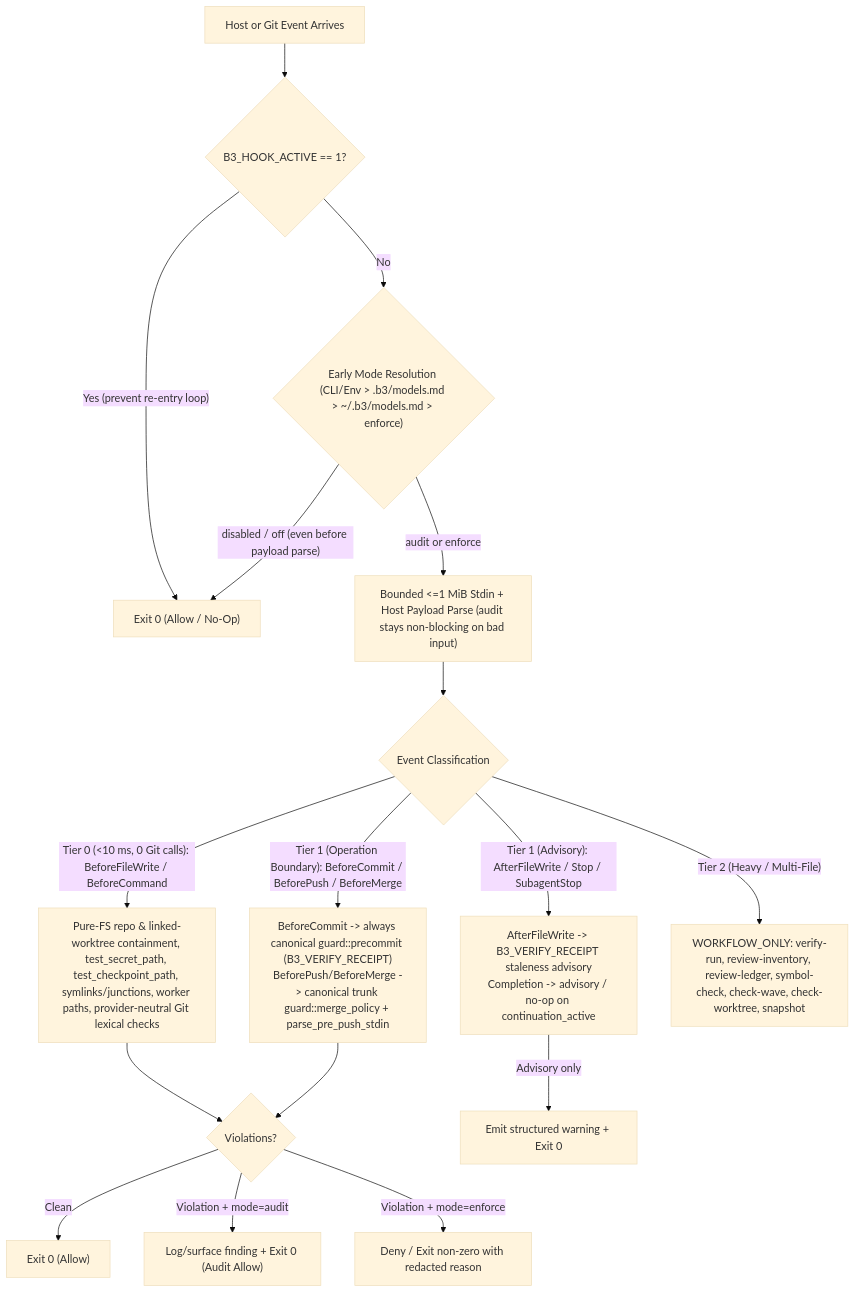
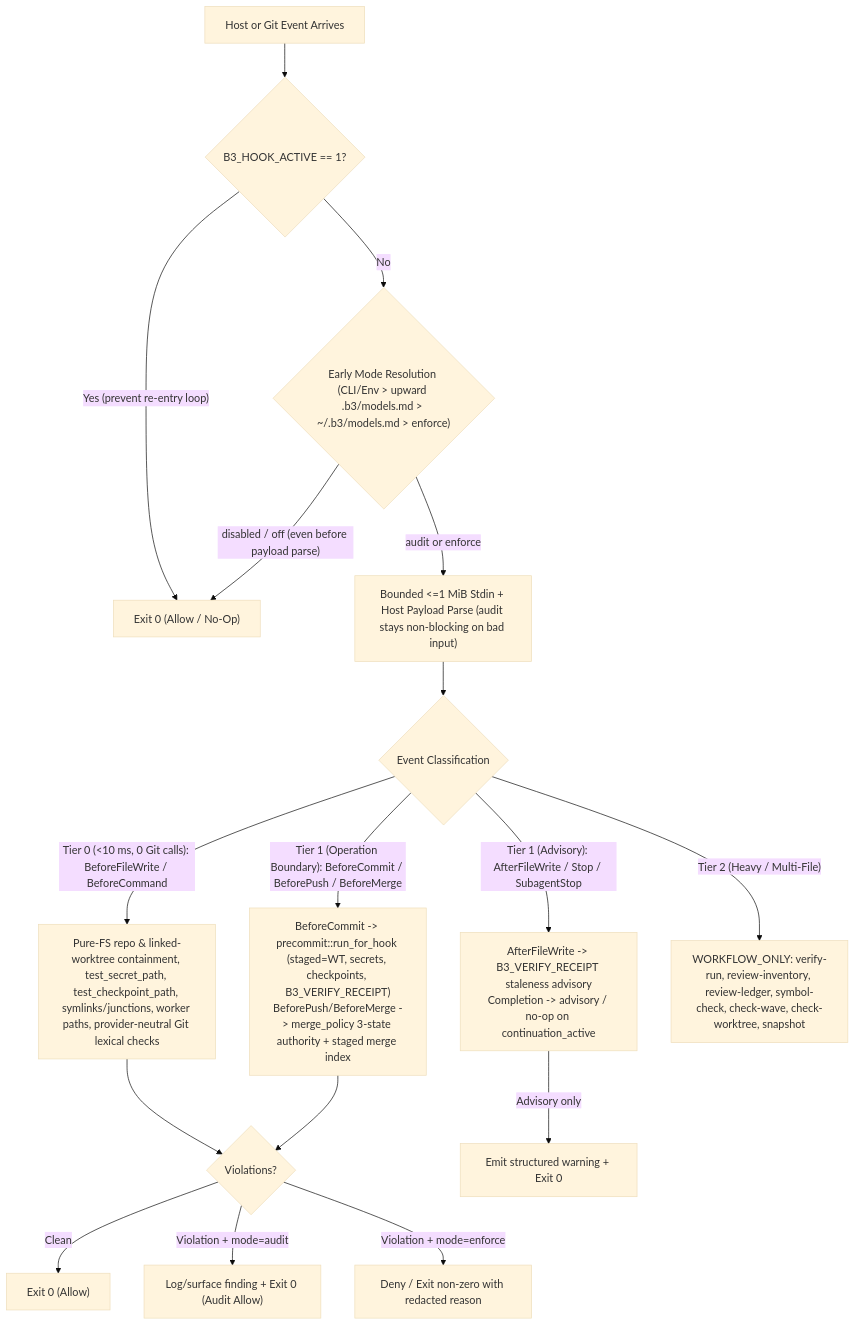
One commit to hptbee/b3_ai-engineering changed the second of 2 diagrams in docs/hooks.md. Above: the diagram before and after it, drawn with Mermaid (base theme). The commit also changed other lines of this file and 12 other files, not shown here.

Commit message:
fix(hook): harden canonical guard authority, event safety, and benchmarks

````diff
--- a/docs/hooks.md
+++ b/docs/hooks.md
@@ -51,23 +51,23 @@
 ```mermaid
 flowchart TD
     Ev["Host or Git Event Arrives"] --> Rec{"B3_HOOK_ACTIVE == 1?"}
     Rec -->|"Yes (prevent re-entry loop)"| AllowFast["Exit 0 (Allow / No-Op)"]
-    Rec -->|"No"| Mode{"Early Mode Resolution (CLI/Env > .b3/models.md > ~/.b3/models.md > enforce)"}
+    Rec -->|"No"| Mode{"Early Mode Resolution (CLI/Env > upward .b3/models.md > ~/.b3/models.md > enforce)"}
 
     Mode -->|"disabled / off (even before payload parse)"| AllowFast
     Mode -->|"audit or enforce"| Parse["Bounded <=1 MiB Stdin + Host Payload Parse (audit stays non-blocking on bad input)"]
     Parse --> Tier{"Event Classification"}
 
     Tier -->|"Tier 0 (<10 ms, 0 Git calls): BeforeFileWrite / BeforeCommand"| T0["Pure-FS repo & linked-worktree containment, test_secret_path, test_checkpoint_path, symlinks/junctions, worker paths, provider-neutral Git lexical checks"]
-    Tier -->|"Tier 1 (Operation Boundary): BeforeCommit / BeforePush / BeforeMerge"| T1B["BeforeCommit -> always canonical guard::precommit (B3_VERIFY_RECEIPT)\nBeforePush/BeforeMerge -> canonical trunk guard::merge_policy + parse_pre_push_stdin"]
+    Tier -->|"Tier 1 (Operation Boundary): BeforeCommit / BeforePush / BeforeMerge"| T1B["BeforeCommit -> precommit::run_for_hook (staged=WT, secrets, checkpoints, B3_VERIFY_RECEIPT)\nBeforePush/BeforeMerge -> merge_policy 3-state authority + staged merge index"]
     Tier -->|"Tier 1 (Advisory): AfterFileWrite / Stop / SubagentStop"| T1A["AfterFileWrite -> B3_VERIFY_RECEIPT staleness advisory\nCompletion -> advisory / no-op on continuation_active"]
     Tier -->|"Tier 2 (Heavy / Multi-File)"| T2["WORKFLOW_ONLY: verify-run, review-inventory, review-ledger, symbol-check, check-wave, check-worktree, snapshot"]
 
     T0 --> Verdict{"Violations?"}
     T1B --> Verdict
     T1A -->|"Advisory only"| EmitAdv["Emit structured warning + Exit 0"]
 
     Verdict -->|"Clean"| AllowClean["Exit 0 (Allow)"]
     Verdict -->|"Violation + mode=audit"| EmitAudit["Log/surface finding + Exit 0 (Audit Allow)"]
     Verdict -->|"Violation + mode=enforce"| BlockOp["Deny / Exit non-zero with redacted reason"]
 ```
````
